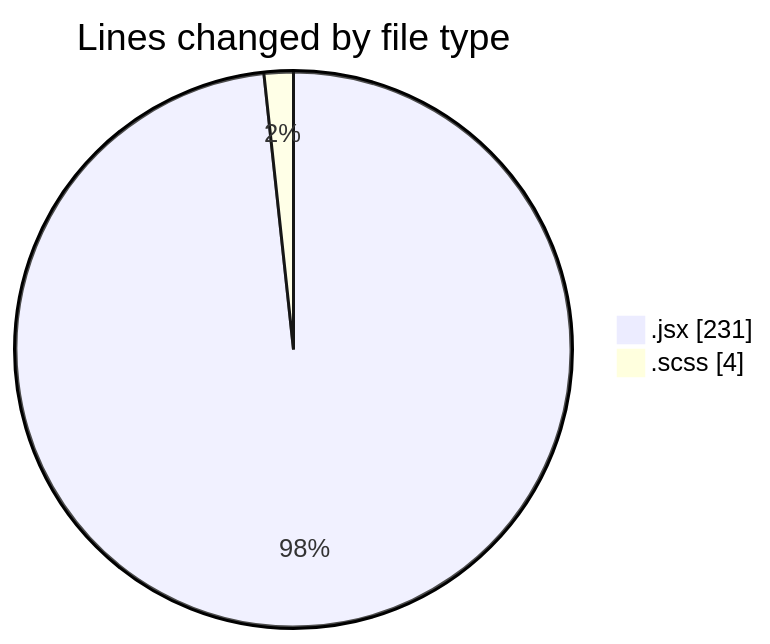
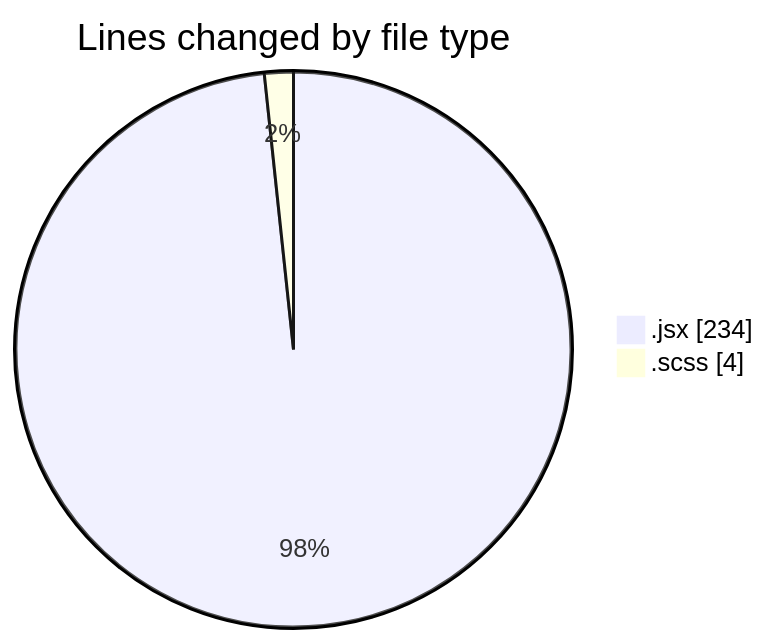
Before and after one commit to momahboobian/code-tracking: the first of 2 diagrams in 2025-06-04/cda/README.md, drawn with Mermaid. The commit also changed other lines of this file and 1 other file, not shown here.

````diff
--- a/2025-06-04/cda/README.md
+++ b/2025-06-04/cda/README.md
@@ -22,6 +22,6 @@
 ```mermaid
 pie showData
 title Lines changed by file type
-".jsx" : 231
+".jsx" : 234
 ".scss" : 4
 ```
````
